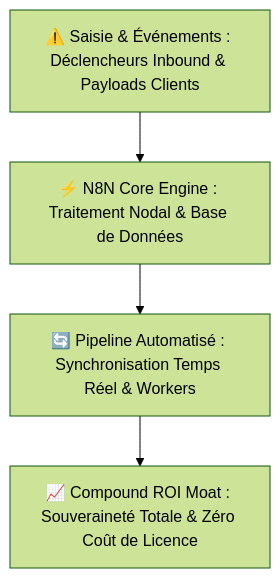
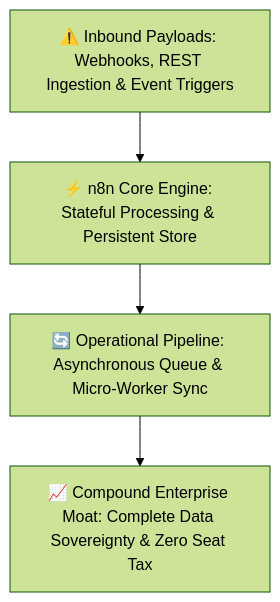
The diagram in site/src/content/repos/n8n.md (heliatech-media/saas-radar), drawn with Mermaid (forest theme) before and after one commit. The commit also changed other lines of this file and 11 other files, not shown here.

````diff
--- a/site/src/content/repos/n8n.md
+++ b/site/src/content/repos/n8n.md
@@ -38,6 +38,6 @@
 ```mermaid
 flowchart TD
-    Inp["⚠️ Saisie & Événements : Déclencheurs Inbound & Payloads Clients"] --> Eng["⚡ N8N Core Engine : Traitement Nodal & Base de Données"]
-    Eng --> Pipe["🔄 Pipeline Automatisé : Synchronisation Temps Réel & Workers"]
-    Pipe --> Moat["📈 Compound ROI Moat : Souveraineté Totale & Zéro Coût de Licence"]
+    Inp["⚠️ Inbound Payloads: Webhooks, REST Ingestion & Event Triggers"] --> Eng["⚡ n8n Core Engine: Stateful Processing & Persistent Store"]
+    Eng --> Pipe["🔄 Operational Pipeline: Asynchronous Queue & Micro-Worker Sync"]
+    Pipe --> Moat["📈 Compound Enterprise Moat: Complete Data Sovereignty & Zero Seat Tax"]
 ```
````
